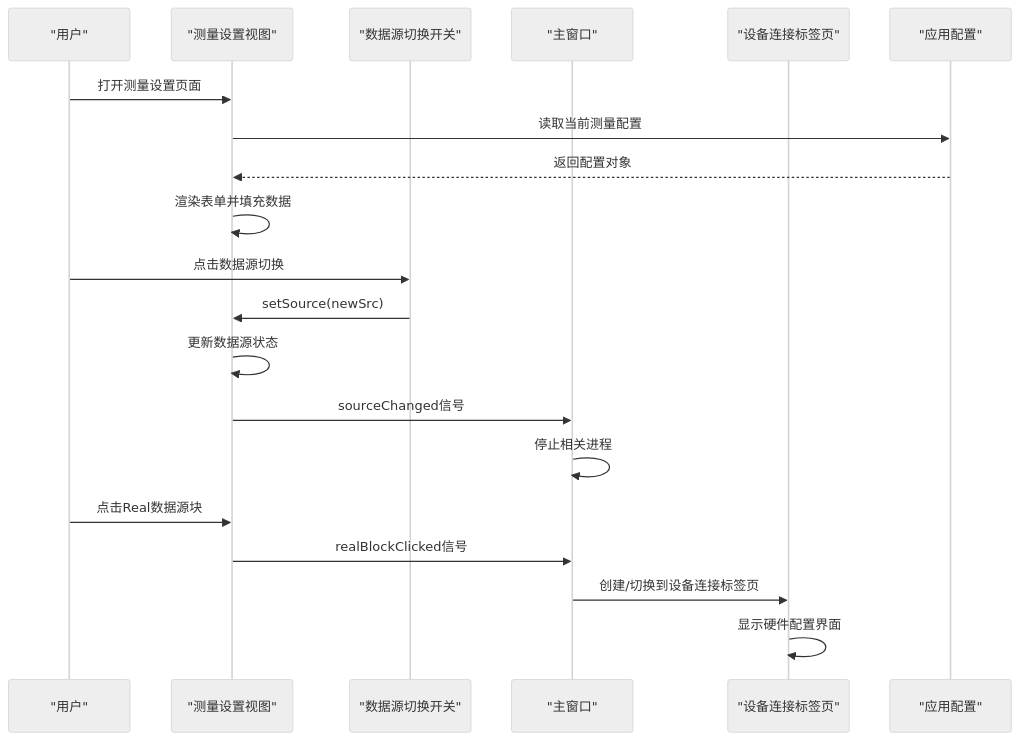
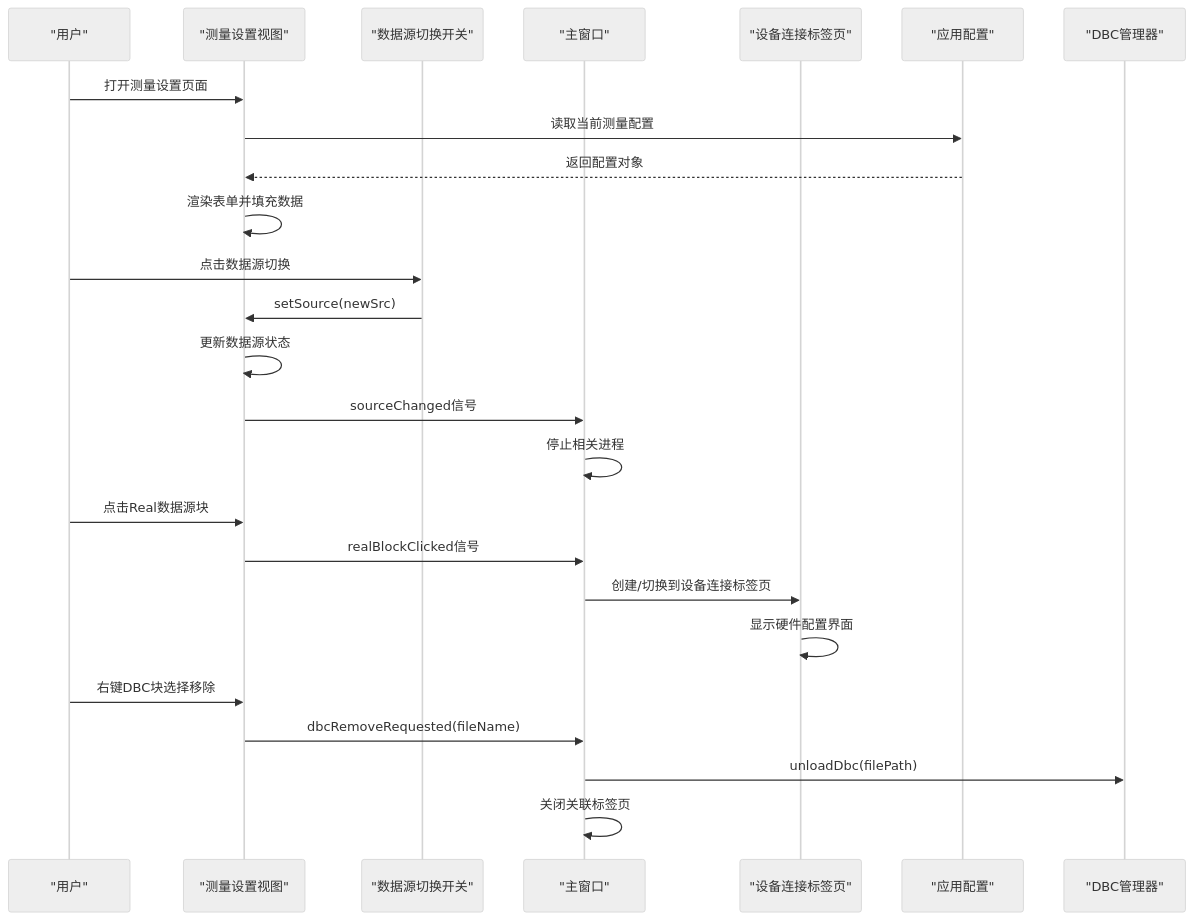
The third of 10 diagrams in .qoder/repowiki/zh/content/架构设计/UI系统设计/测量设置视图组件.md (jakecai1225-design/OpenBus), drawn with Mermaid (neutral theme) before and after one commit. The commit also changed other lines of this file and 9 other files, not shown here.

````diff
--- a/.qoder/repowiki/zh/content/架构设计/UI系统设计/测量设置视图组件.md
+++ b/.qoder/repowiki/zh/content/架构设计/UI系统设计/测量设置视图组件.md
@@ -226,22 +257,27 @@
 ```mermaid
 sequenceDiagram
 participant User as "用户"
 participant View as "测量设置视图"
 participant Switch as "数据源切换开关"
 participant MainWin as "主窗口"
 participant DevTab as "设备连接标签页"
 participant Config as "应用配置"
+participant DBCMgr as "DBC管理器"
 User->>View : 打开测量设置页面
 View->>Config : 读取当前测量配置
 Config-->>View : 返回配置对象
 View->>View : 渲染表单并填充数据
 User->>Switch : 点击数据源切换
 Switch->>View : setSource(newSrc)
 View->>View : 更新数据源状态
 View->>MainWin : sourceChanged信号
 MainWin->>MainWin : 停止相关进程
 User->>View : 点击Real数据源块
 View->>MainWin : realBlockClicked信号
 MainWin->>DevTab : 创建/切换到设备连接标签页
 DevTab->>DevTab : 显示硬件配置界面
+User->>View : 右键DBC块选择移除
+View->>MainWin : dbcRemoveRequested(fileName)
+MainWin->>DBCMgr : unloadDbc(filePath)
+MainWin->>MainWin : 关闭关联标签页
 ```
````
